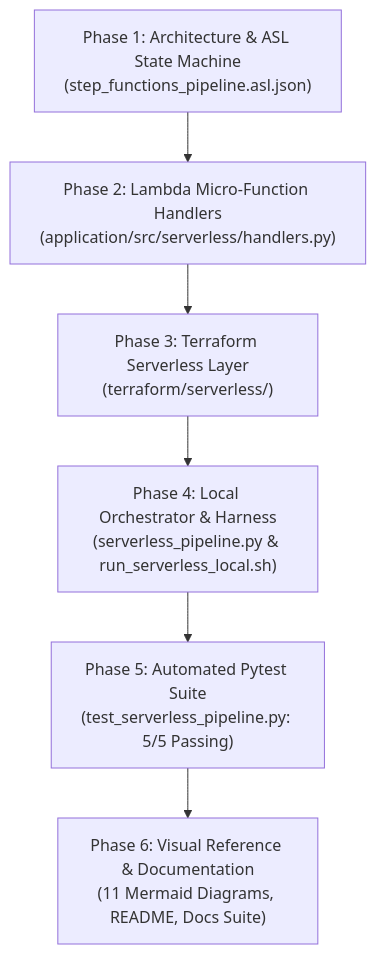
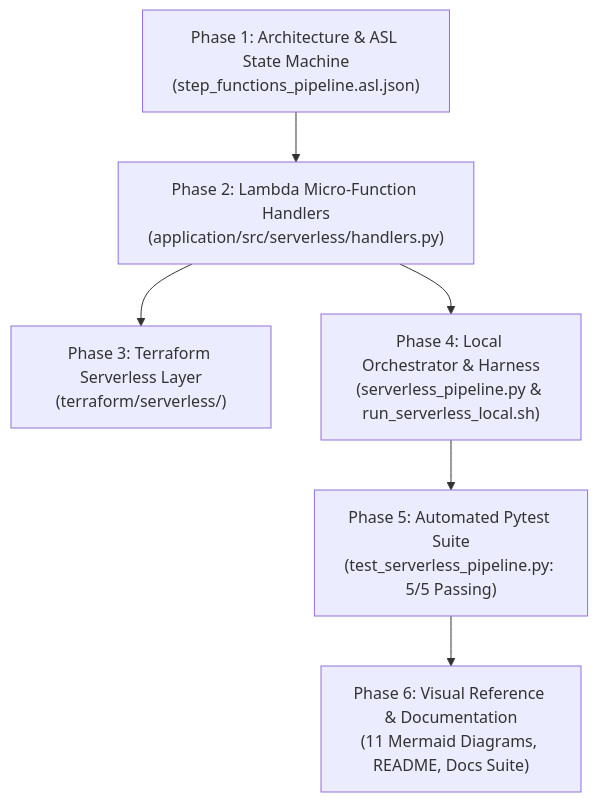
Before and after one commit to jashkv/ray-platform: the diagram in docs/implementation.md, drawn with Mermaid. The commit also changed other lines of this file and 19 other files, not shown here.

````diff
--- a/docs/implementation.md
+++ b/docs/implementation.md
@@ -23,8 +23,8 @@
 ```mermaid
 flowchart TD
     P1["Phase 1: Architecture & ASL State Machine\n(step_functions_pipeline.asl.json)"] --> P2["Phase 2: Lambda Micro-Function Handlers\n(application/src/serverless/handlers.py)"]
     P2 --> P3["Phase 3: Terraform Serverless Layer\n(terraform/serverless/)"]
-    P3 --> P4["Phase 4: Local Orchestrator & Harness\n(serverless_pipeline.py & run_serverless_local.sh)"]
+    P2 --> P4["Phase 4: Local Orchestrator & Harness\n(serverless_pipeline.py & run_serverless_local.sh)"]
     P4 --> P5["Phase 5: Automated Pytest Suite\n(test_serverless_pipeline.py: 5/5 Passing)"]
     P5 --> P6["Phase 6: Visual Reference & Documentation\n(11 Mermaid Diagrams, README, Docs Suite)"]
 ```
````
